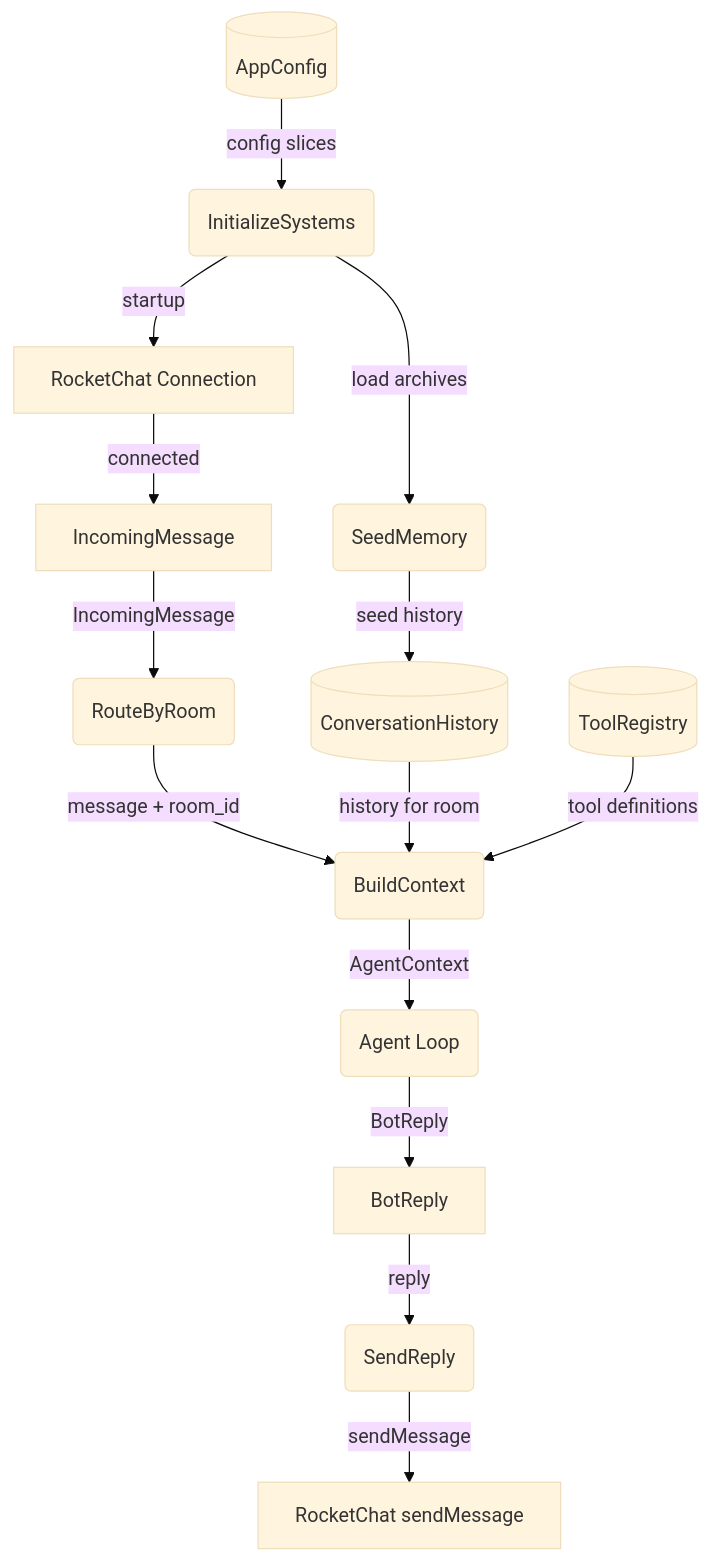
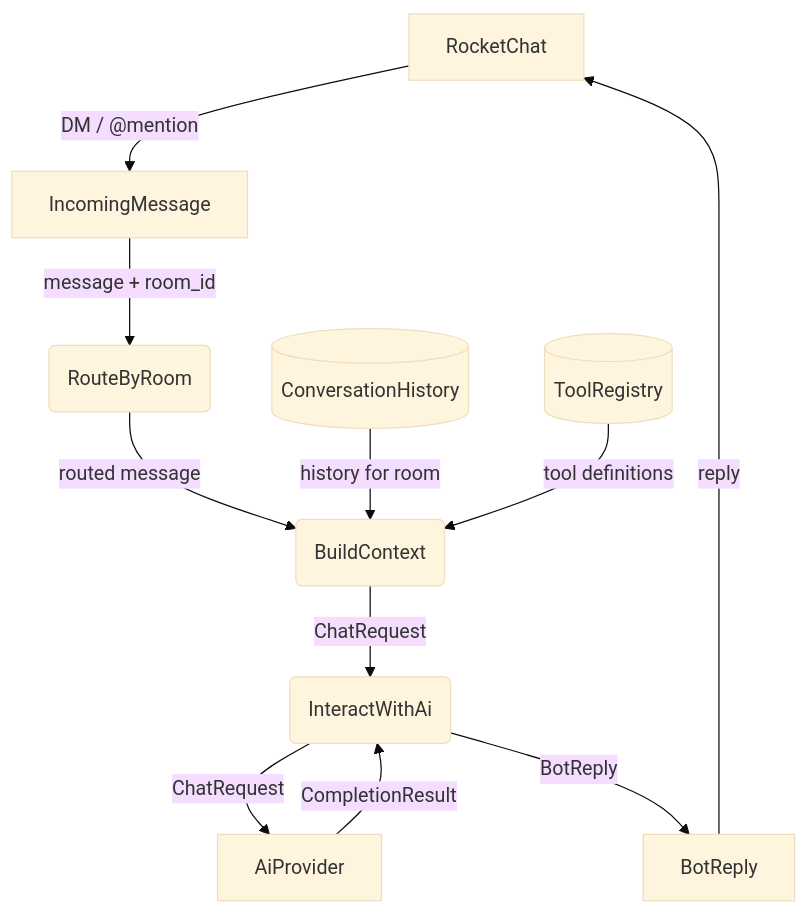
One commit to cosmoswafer/rockbot changed the first of 7 diagrams in _dfds/agent-harness.md. Above: the diagram before and after it, drawn with Mermaid (base theme). The commit also changed other lines of this file and 4 other files, not shown here.

````diff
--- a/_dfds/agent-harness.md
+++ b/_dfds/agent-harness.md
@@ -23,30 +23,23 @@
 ```mermaid
 flowchart TD
-    CFG[(AppConfig)]
-    INIT(InitializeSystems)
-    RC_CONNECT[RocketChat Connection]
-    MEM_SEED(SeedMemory)
+    RC[RocketChat]
     EVT[IncomingMessage]
     ROUTE(RouteByRoom)
     CTX(BuildContext)
     MEM[(ConversationHistory)]
     TOOLS_DEF[(ToolRegistry)]
-    AGENT(Agent Loop)
+    INTERACT(InteractWithAi)
+    AI[AiProvider]
     REPLY[BotReply]
-    SEND(SendReply)
-    RC_API[RocketChat sendMessage]
 
-    CFG -->|"config slices"| INIT
-    INIT -->|"startup"| RC_CONNECT
-    INIT -->|"load archives"| MEM_SEED
-    RC_CONNECT -->|"connected"| EVT
-    MEM_SEED -->|"seed history"| MEM
-    EVT -->|"IncomingMessage"| ROUTE
-    ROUTE -->|"message + room_id"| CTX
+    RC -->|"DM / @mention"| EVT
+    EVT -->|"message + room_id"| ROUTE
+    ROUTE -->|"routed message"| CTX
     MEM -->|"history for room"| CTX
     TOOLS_DEF -->|"tool definitions"| CTX
-    CTX -->|"AgentContext"| AGENT
-    AGENT -->|"BotReply"| REPLY
-    REPLY -->|"reply"| SEND
-    SEND -->|"sendMessage"| RC_API
+    CTX -->|"ChatRequest"| INTERACT
+    INTERACT -->|"ChatRequest"| AI
+    AI -->|"CompletionResult"| INTERACT
+    INTERACT -->|"BotReply"| REPLY
+    REPLY -->|"reply"| RC
 ```
````
